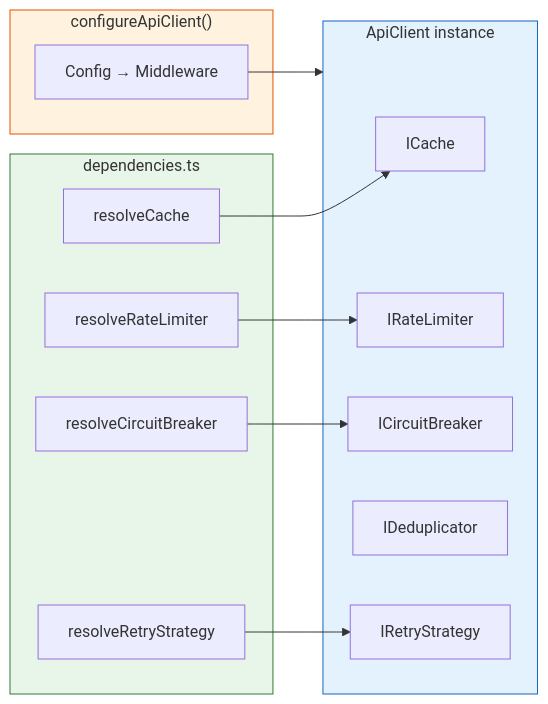
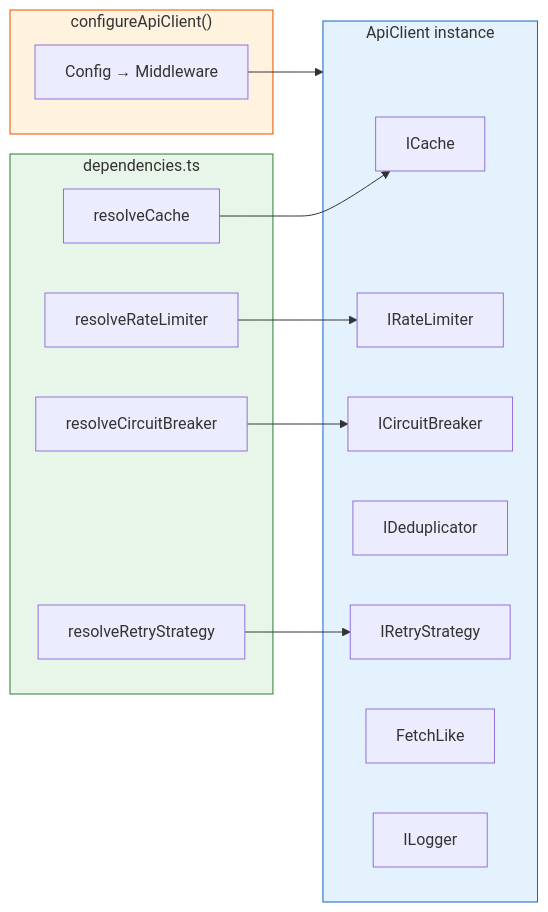
The eighth of 14 diagrams in guides/ARCHITECTURE.md (lgriffin/ESI.ts), drawn with Mermaid before and after one commit. The commit also changed other lines of this file and 17 other files, not shown here.

First line of the commit message:
docs(guides): write the charter guides and retire docs/

````diff
--- a/guides/ARCHITECTURE.md
+++ b/guides/ARCHITECTURE.md
@@ -458,31 +478,33 @@
 ```mermaid
 flowchart LR
     subgraph ConfigFactory ["configureApiClient()"]
         Wire["Config → Middleware"]
     end
 
     subgraph Client ["ApiClient instance"]
         cache["ICache"]
         rl["IRateLimiter"]
         cb["ICircuitBreaker"]
         dedup["IDeduplicator"]
         retry["IRetryStrategy"]
+        fetch["FetchLike"]
+        logger["ILogger"]
     end
 
     subgraph Resolution ["dependencies.ts"]
         rc["resolveCache"]
         rr["resolveRateLimiter"]
         rcb["resolveCircuitBreaker"]
         rrt["resolveRetryStrategy"]
     end
 
     Wire --> Client
     rc --> cache
     rr --> rl
     rcb --> cb
     rrt --> retry
 
     style ConfigFactory fill:#fff3e0,stroke:#e65100
     style Client fill:#e3f2fd,stroke:#1565c0
     style Resolution fill:#e8f5e9,stroke:#2e7d32
 ```
````
